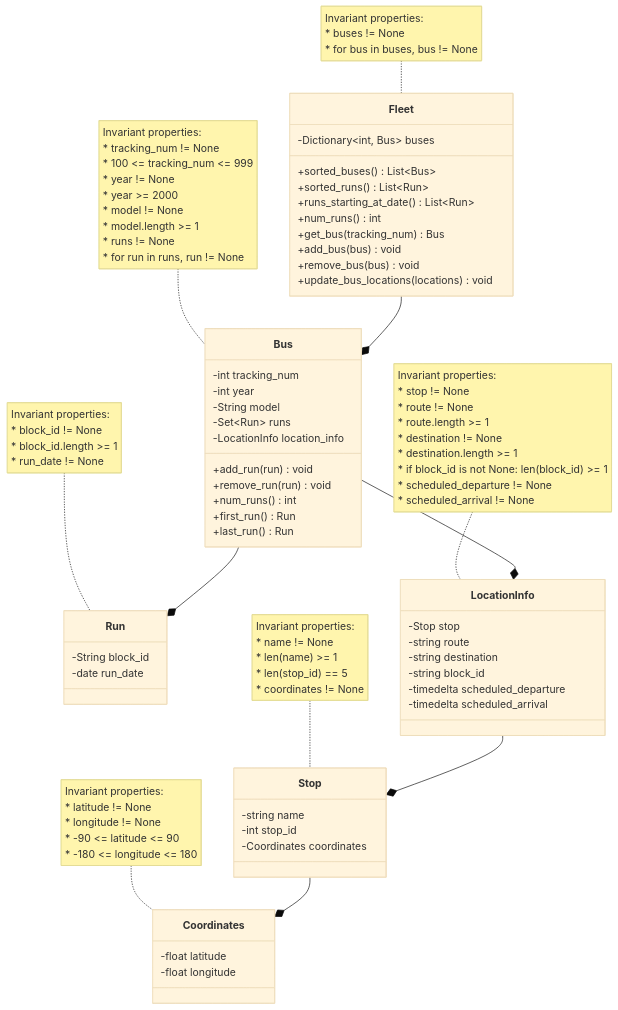
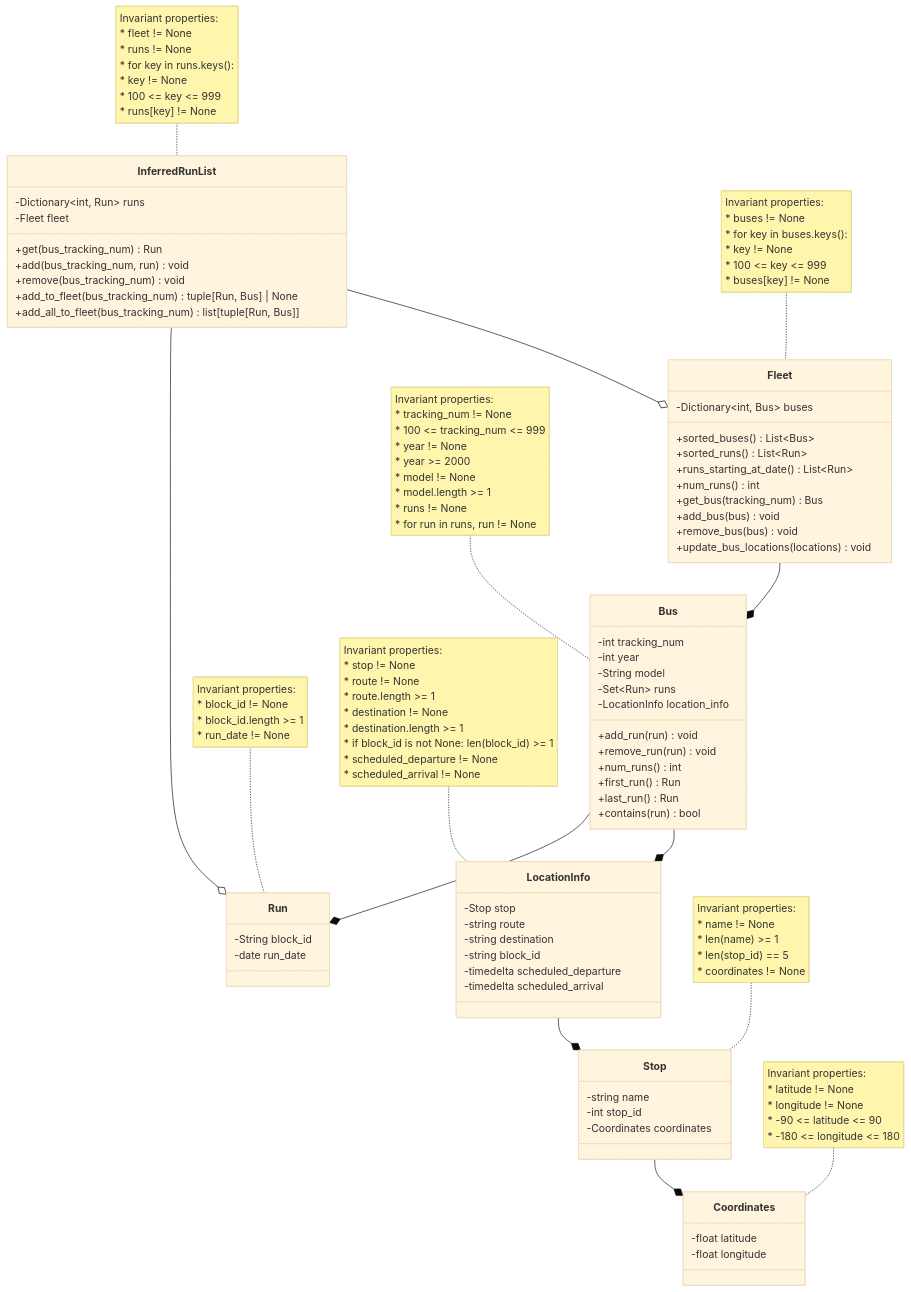
The diagram in domain.md (Michel-Prejet/zeb-tracker), drawn with Mermaid (base theme) before and after one commit. The commit also changed 29 other files, not shown here.

```diff
--- a/domain.md
+++ b/domain.md
@@ -19,7 +19,10 @@
     
     note for Fleet"Invariant properties:
     * buses != None
-    * for bus in buses, bus != None
+    * for key in buses.keys(): 
+    *   key != None
+    *   100 <= key <= 999
+    *   buses[key] != None
     "
     
     Fleet --* Bus
@@ -36,6 +39,7 @@
         +num_runs() int
         +first_run() Run
         +last_run() Run
+        +contains(run) bool
     }
 
     note for Bus "Invariant properties:
@@ -50,6 +54,29 @@
     "
     
     Bus --* Run
+    
+    class InferredRunList {
+        -Dictionary~int, Run~ runs
+        -Fleet fleet
+        
+        +get(bus_tracking_num) Run
+        +add(bus_tracking_num, run) void
+        +remove(bus_tracking_num) void
+        +add_to_fleet(bus_tracking_num) tuple[Run, Bus] | None
+        +add_all_to_fleet(bus_tracking_num) list[tuple[Run, Bus]]
+    }
+    
+    note for InferredRunList"Invariant properties:
+    * fleet != None
+    * runs != None
+    * for key in runs.keys():
+    *   key != None
+    *   100 <= key <= 999
+    *   runs[key] != None
+    "
+    
+    InferredRunList --o Run
+    InferredRunList --o Fleet
     
     class Run {
         -String block_id
```
